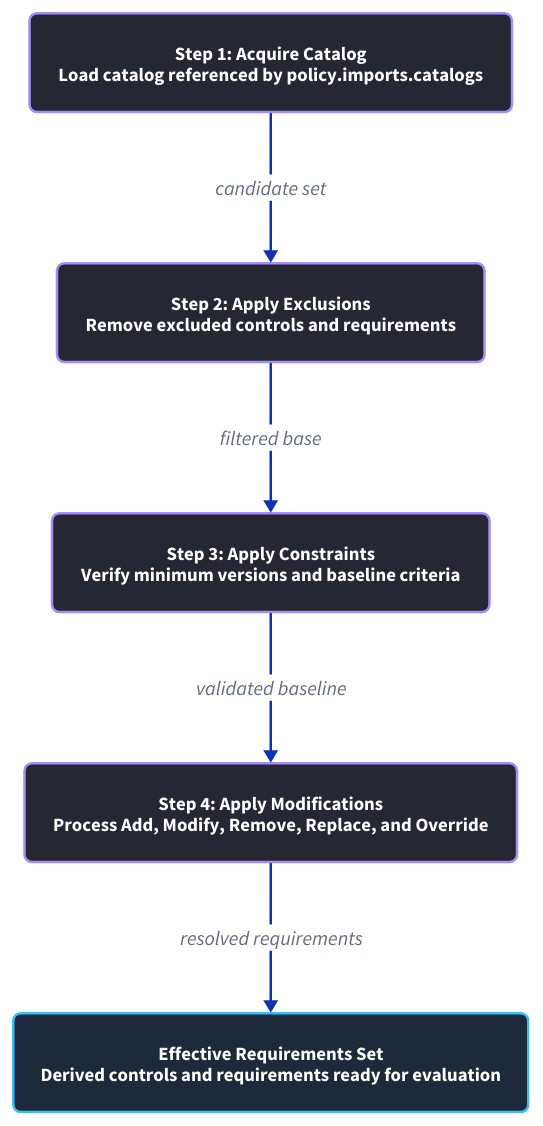
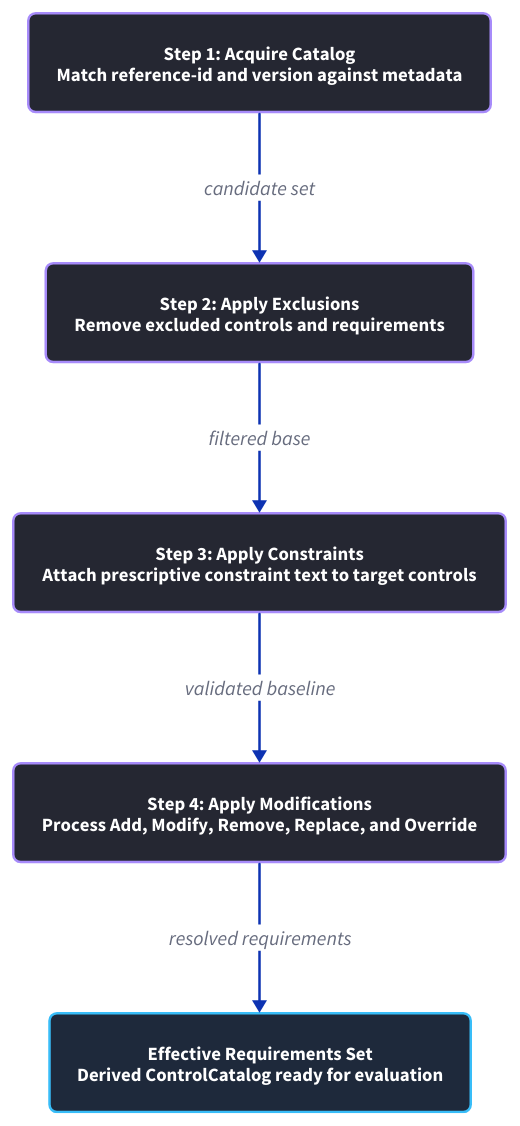
Before and after one commit to gemaraproj/website: the diagram in assets/diagrams/requirements-resolution-pipeline-dark.d2, drawn with D2. The commit also changed 4 other files, not shown here.

```diff
--- a/assets/diagrams/requirements-resolution-pipeline-dark.d2
+++ b/assets/diagrams/requirements-resolution-pipeline-dark.d2
@@ -1,34 +1,34 @@
 direction: down
 
 classes: {
   step: {
     style: {
       fill: "#252732"
       stroke: "#A78BFA"
       stroke-width: 2
       font-size: 15
       font-color: "#FFFFFF"
       border-radius: 6
     }
   }
 }
 
-s1: "Step 1: Acquire Catalog\nLoad catalog referenced by policy.imports.catalogs" {class: step}
+s1: "Step 1: Acquire Catalog\nMatch reference-id and version against metadata" {class: step}
 s2: "Step 2: Apply Exclusions\nRemove excluded controls and requirements" {class: step}
-s3: "Step 3: Apply Constraints\nVerify minimum versions and baseline criteria" {class: step}
+s3: "Step 3: Apply Constraints\nAttach prescriptive constraint text to target controls" {class: step}
 s4: "Step 4: Apply Modifications\nProcess Add, Modify, Remove, Replace, and Override" {class: step}
-out: "Effective Requirements Set\nDerived controls and requirements ready for evaluation" {
+out: "Effective Requirements Set\nDerived ControlCatalog ready for evaluation" {
   style: {
     fill: "#1E293B"
     stroke: "#38BDF8"
     stroke-width: 2
     font-size: 15
     font-color: "#FFFFFF"
     border-radius: 6
   }
 }
 
 s1 -> s2: "candidate set"
 s2 -> s3: "filtered base"
 s3 -> s4: "validated baseline"
 s4 -> out: "resolved requirements"
```
